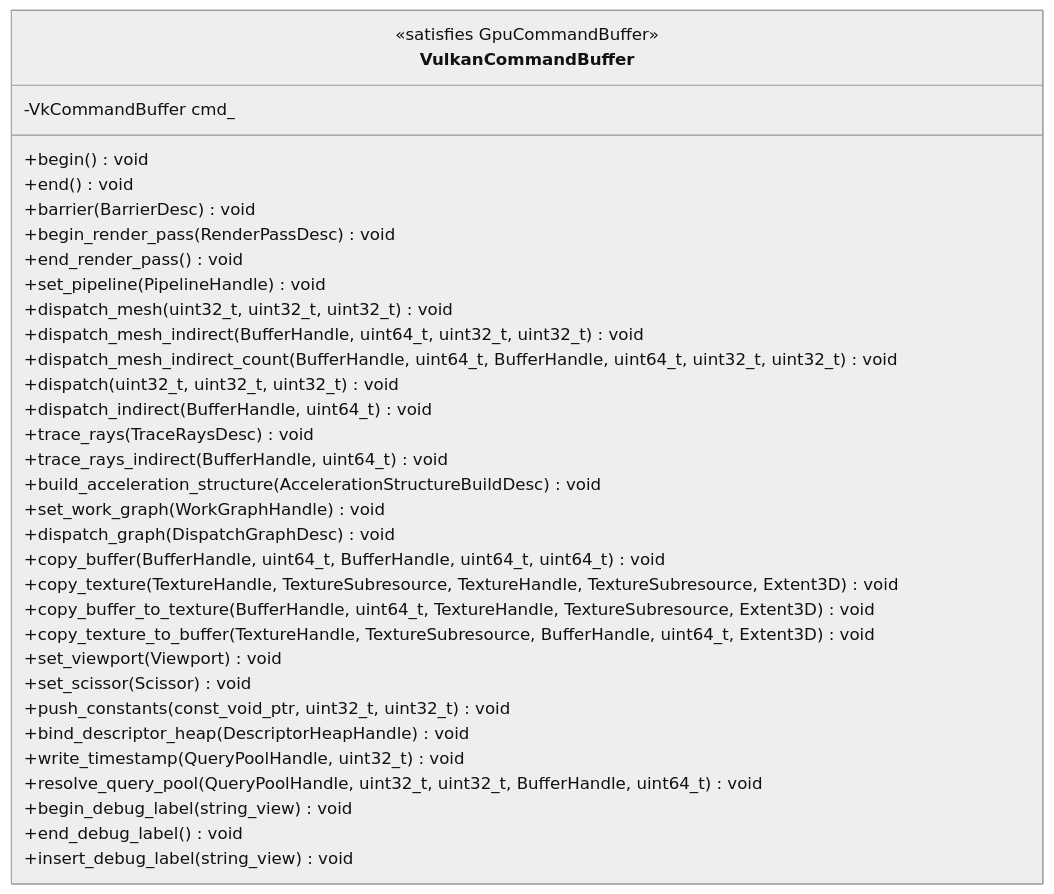
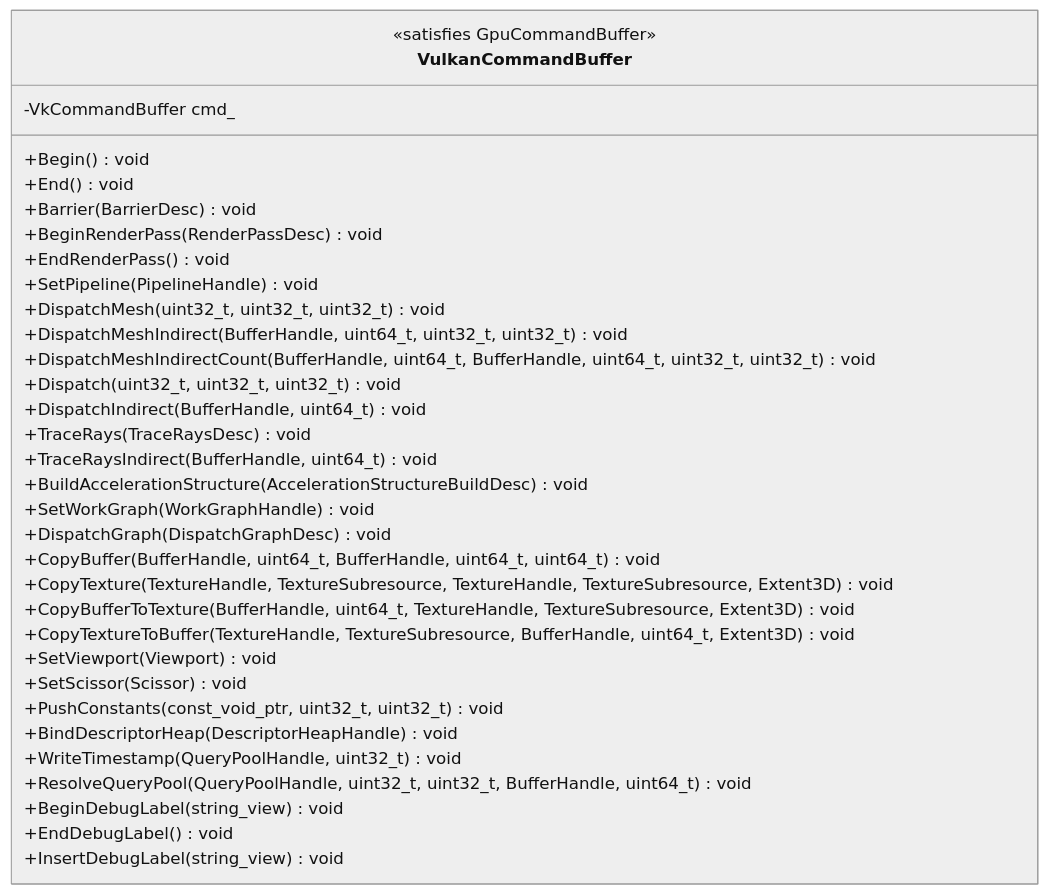
Before and after one commit to harmonius-dev/harmonius: diagram 12 of 34 in docs/design/gpu-backend-vulkan-classes.md, drawn with Mermaid (neutral theme). The commit also changed other lines of this file and 67 other files, not shown here.

````diff
--- a/docs/design/gpu-backend-vulkan-classes.md
+++ b/docs/design/gpu-backend-vulkan-classes.md
@@ -559,36 +559,36 @@
 ```mermaid
 classDiagram
     class VulkanCommandBuffer {
         <<satisfies GpuCommandBuffer>>
         -VkCommandBuffer cmd_
-        +begin() void
-        +end() void
-        +barrier(BarrierDesc) void
-        +begin_render_pass(RenderPassDesc) void
-        +end_render_pass() void
-        +set_pipeline(PipelineHandle) void
-        +dispatch_mesh(uint32_t, uint32_t, uint32_t) void
-        +dispatch_mesh_indirect(BufferHandle, uint64_t, uint32_t, uint32_t) void
-        +dispatch_mesh_indirect_count(BufferHandle, uint64_t, BufferHandle, uint64_t, uint32_t, uint32_t) void
-        +dispatch(uint32_t, uint32_t, uint32_t) void
-        +dispatch_indirect(BufferHandle, uint64_t) void
-        +trace_rays(TraceRaysDesc) void
-        +trace_rays_indirect(BufferHandle, uint64_t) void
-        +build_acceleration_structure(AccelerationStructureBuildDesc) void
-        +set_work_graph(WorkGraphHandle) void
-        +dispatch_graph(DispatchGraphDesc) void
-        +copy_buffer(BufferHandle, uint64_t, BufferHandle, uint64_t, uint64_t) void
-        +copy_texture(TextureHandle, TextureSubresource, TextureHandle, TextureSubresource, Extent3D) void
-        +copy_buffer_to_texture(BufferHandle, uint64_t, TextureHandle, TextureSubresource, Extent3D) void
-        +copy_texture_to_buffer(TextureHandle, TextureSubresource, BufferHandle, uint64_t, Extent3D) void
-        +set_viewport(Viewport) void
-        +set_scissor(Scissor) void
-        +push_constants(const_void_ptr, uint32_t, uint32_t) void
-        +bind_descriptor_heap(DescriptorHeapHandle) void
-        +write_timestamp(QueryPoolHandle, uint32_t) void
-        +resolve_query_pool(QueryPoolHandle, uint32_t, uint32_t, BufferHandle, uint64_t) void
-        +begin_debug_label(string_view) void
-        +end_debug_label() void
-        +insert_debug_label(string_view) void
+        +Begin() void
+        +End() void
+        +Barrier(BarrierDesc) void
+        +BeginRenderPass(RenderPassDesc) void
+        +EndRenderPass() void
+        +SetPipeline(PipelineHandle) void
+        +DispatchMesh(uint32_t, uint32_t, uint32_t) void
+        +DispatchMeshIndirect(BufferHandle, uint64_t, uint32_t, uint32_t) void
+        +DispatchMeshIndirectCount(BufferHandle, uint64_t, BufferHandle, uint64_t, uint32_t, uint32_t) void
+        +Dispatch(uint32_t, uint32_t, uint32_t) void
+        +DispatchIndirect(BufferHandle, uint64_t) void
+        +TraceRays(TraceRaysDesc) void
+        +TraceRaysIndirect(BufferHandle, uint64_t) void
+        +BuildAccelerationStructure(AccelerationStructureBuildDesc) void
+        +SetWorkGraph(WorkGraphHandle) void
+        +DispatchGraph(DispatchGraphDesc) void
+        +CopyBuffer(BufferHandle, uint64_t, BufferHandle, uint64_t, uint64_t) void
+        +CopyTexture(TextureHandle, TextureSubresource, TextureHandle, TextureSubresource, Extent3D) void
+        +CopyBufferToTexture(BufferHandle, uint64_t, TextureHandle, TextureSubresource, Extent3D) void
+        +CopyTextureToBuffer(TextureHandle, TextureSubresource, BufferHandle, uint64_t, Extent3D) void
+        +SetViewport(Viewport) void
+        +SetScissor(Scissor) void
+        +PushConstants(const_void_ptr, uint32_t, uint32_t) void
+        +BindDescriptorHeap(DescriptorHeapHandle) void
+        +WriteTimestamp(QueryPoolHandle, uint32_t) void
+        +ResolveQueryPool(QueryPoolHandle, uint32_t, uint32_t, BufferHandle, uint64_t) void
+        +BeginDebugLabel(string_view) void
+        +EndDebugLabel() void
+        +InsertDebugLabel(string_view) void
     }
 ```
````
